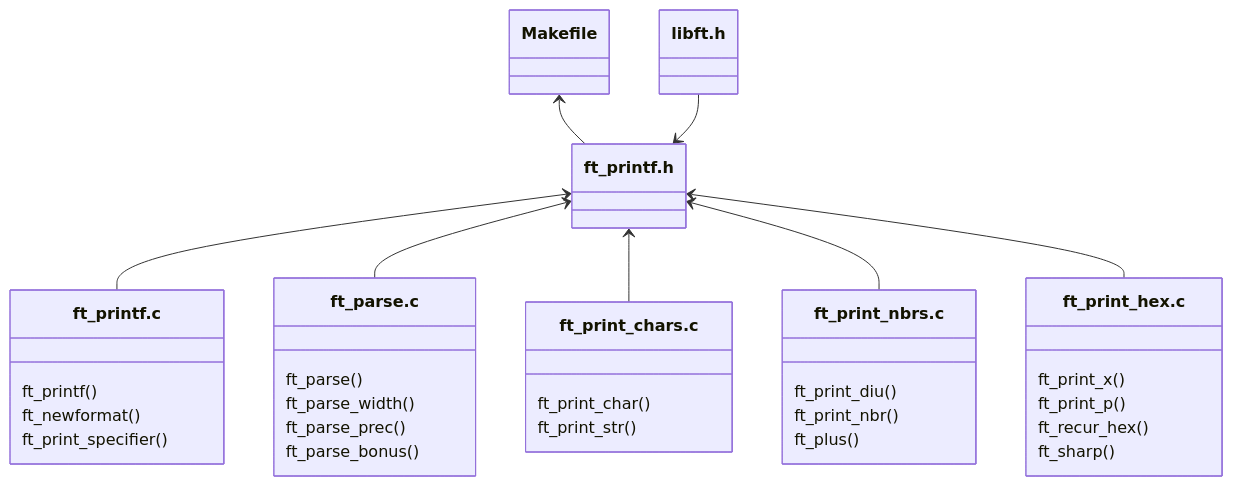
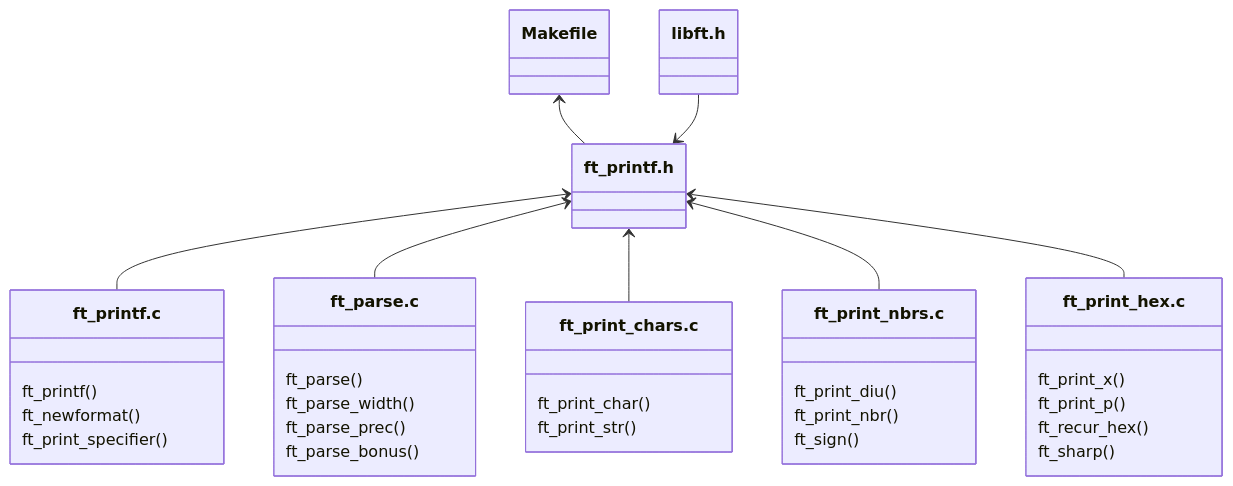
Before and after one commit to PedroZappa/42_ft_printf: the first of 2 diagrams in README.md, drawn with Mermaid. The commit also changed other lines of this file and 1 other file, not shown here.

Commit message:
ft_print_nbrs.c : renamed ft_plus to ft_sign

````diff
--- a/README.md
+++ b/README.md
@@ -161,37 +161,37 @@
 ```mermaid
 ---
 title ft_printf Structure
 ---
 classDiagram
     class Makefile
     Makefile <-- File0
     class File0["ft_printf.h"]
     class libft["libft.h"]
     File0 <-- File1
     File0 <-- File2
     File0 <-- File3
     File0 <-- File4
     File0 <-- File5
     libft --> File0
     class File1["ft_printf.c"]
     File1 : ft_printf()
     File1 : ft_newformat()
     File1 : ft_print_specifier()
     class File2["ft_parse.c"]
     File2 : ft_parse()
     File2 : ft_parse_width()
     File2 : ft_parse_prec()
     File2 : ft_parse_bonus()
     class File3["ft_print_chars.c"]
     File3 : ft_print_char()
     File3 : ft_print_str()
     class File4["ft_print_nbrs.c"]
     File4 : ft_print_diu()
     File4 : ft_print_nbr()
-    File4 : ft_plus()
+    File4 : ft_sign()
     class File5["ft_print_hex.c"]
     File5 : ft_print_x()
     File5 : ft_print_p()
     File5 : ft_recur_hex()
     File5 : ft_sharp()
 ```
````
